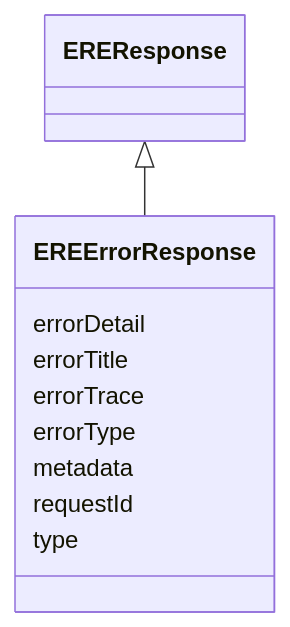
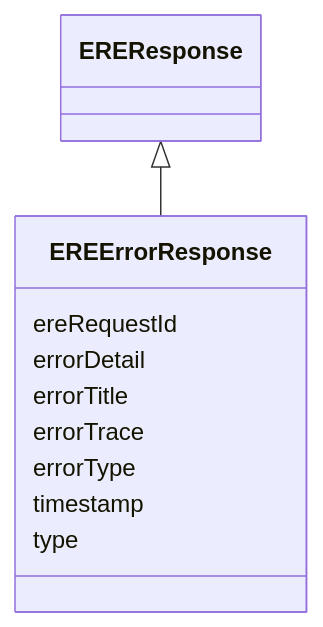
One commit to OP-TED/entity-resolution-spec changed the diagram in docs/schema/EREErrorResponse.md. Above: the diagram before and after it, drawn with Mermaid. The commit also changed other lines of this file and 41 other files, not shown here.

Commit message:
feat: introduce the LinkML schema based on recent discussions

````diff
--- a/docs/schema/EREErrorResponse.md
+++ b/docs/schema/EREErrorResponse.md
@@ -26,23 +26,23 @@
 ```mermaid
  classDiagram
     class EREErrorResponse
     click EREErrorResponse href "../EREErrorResponse/"
       EREResponse <|-- EREErrorResponse
         click EREResponse href "../EREResponse/"
       
+      EREErrorResponse : ereRequestId
+        
       EREErrorResponse : errorDetail
         
       EREErrorResponse : errorTitle
         
       EREErrorResponse : errorTrace
         
       EREErrorResponse : errorType
         
-      EREErrorResponse : metadata
-        
-      EREErrorResponse : requestId
+      EREErrorResponse : timestamp
         
       EREErrorResponse : type
         
       
 ```
````
